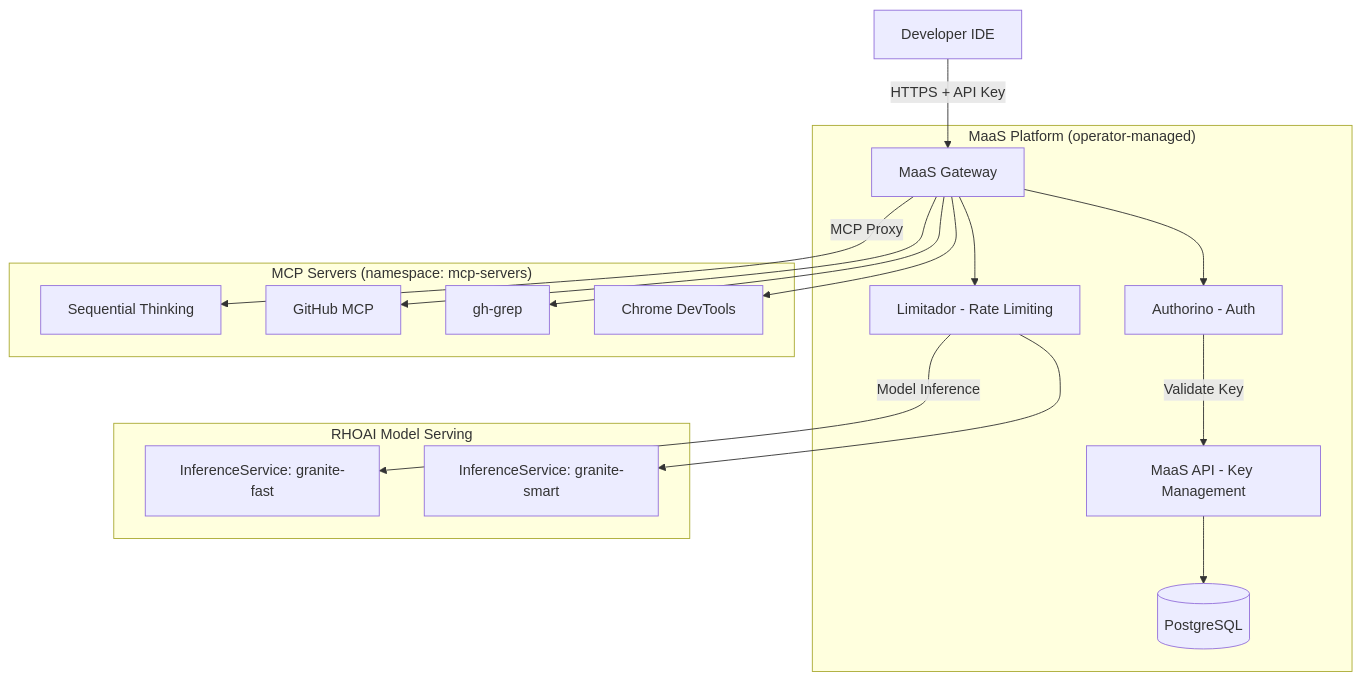
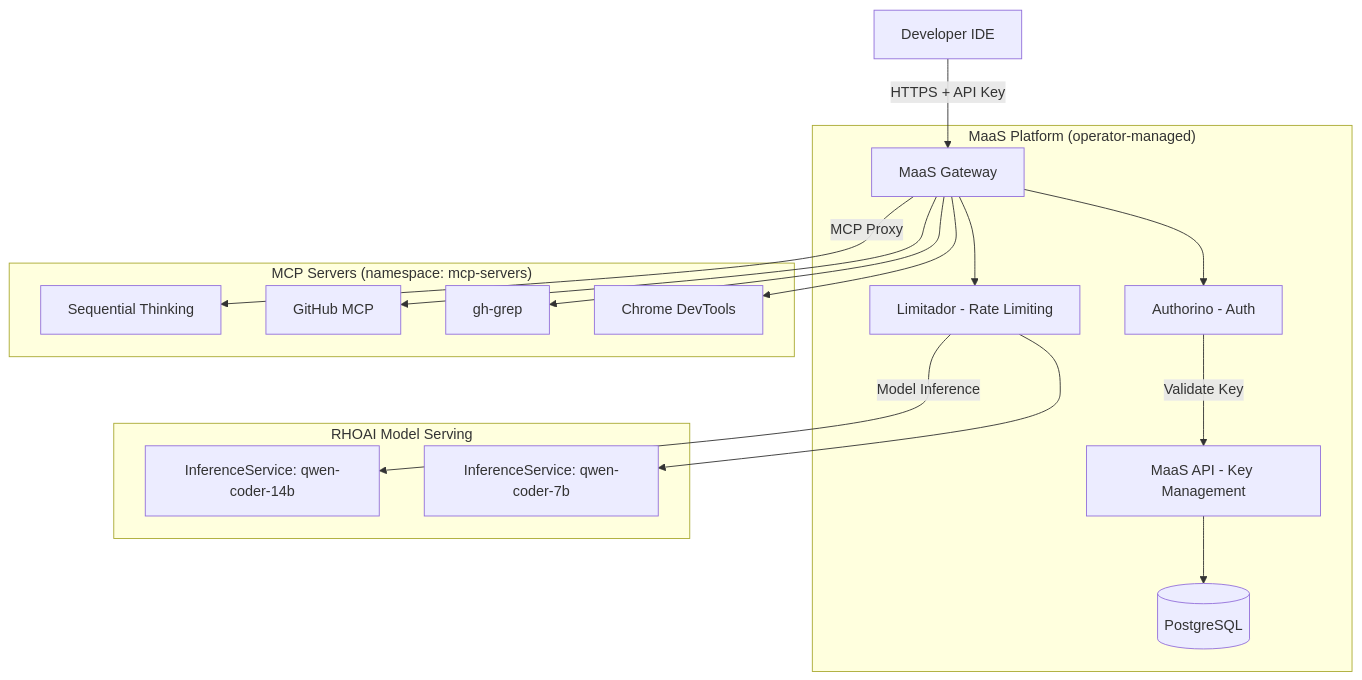
Before and after one commit to hyogrin/rhoai-coding-assistant-lab: the third of 3 diagrams in 2_ai_gateway/1_maas_overview.md, drawn with Mermaid. The commit also changed 6 other files, not shown here.

````diff
--- a/2_ai_gateway/1_maas_overview.md
+++ b/2_ai_gateway/1_maas_overview.md
@@ -47,34 +47,34 @@
 ```mermaid
 flowchart TB
     subgraph "MaaS Platform (operator-managed)"
         Gateway[MaaS Gateway]
         Authorino[Authorino - Auth]
         Limitador[Limitador - Rate Limiting]
         MaaSAPI[MaaS API - Key Management]
         PG[(PostgreSQL)]
         MaaSAPI --> PG
     end
 
     subgraph "RHOAI Model Serving"
-        IS1[InferenceService: granite-fast]
-        IS2[InferenceService: granite-smart]
+        IS1[InferenceService: qwen-coder-14b]
+        IS2[InferenceService: qwen-coder-7b]
     end
 
     subgraph "MCP Servers (namespace: mcp-servers)"
         MCP1[Sequential Thinking]
         MCP2[GitHub MCP]
         MCP3[gh-grep]
         MCP4[Chrome DevTools]
     end
 
     IDE[Developer IDE] -->|HTTPS + API Key| Gateway
     Gateway --> Authorino
     Authorino -->|Validate Key| MaaSAPI
     Gateway --> Limitador
     Limitador -->|Model Inference| IS1
     Limitador --> IS2
     Gateway -->|MCP Proxy| MCP1
     Gateway --> MCP2
     Gateway --> MCP3
     Gateway --> MCP4
 ```
````
